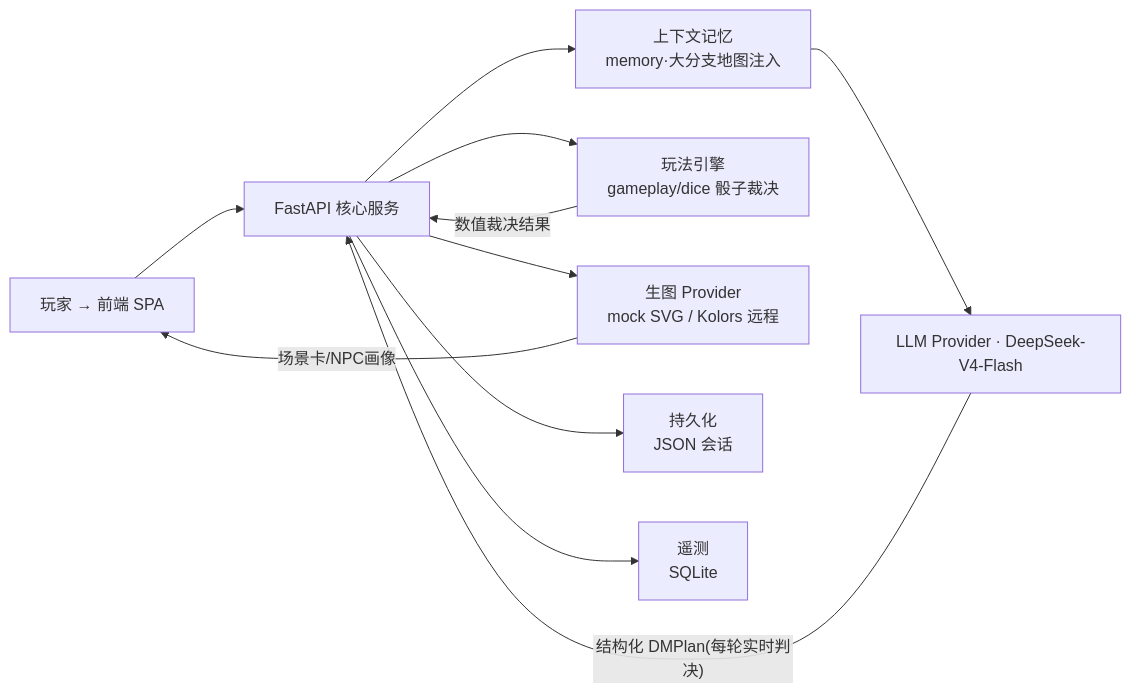
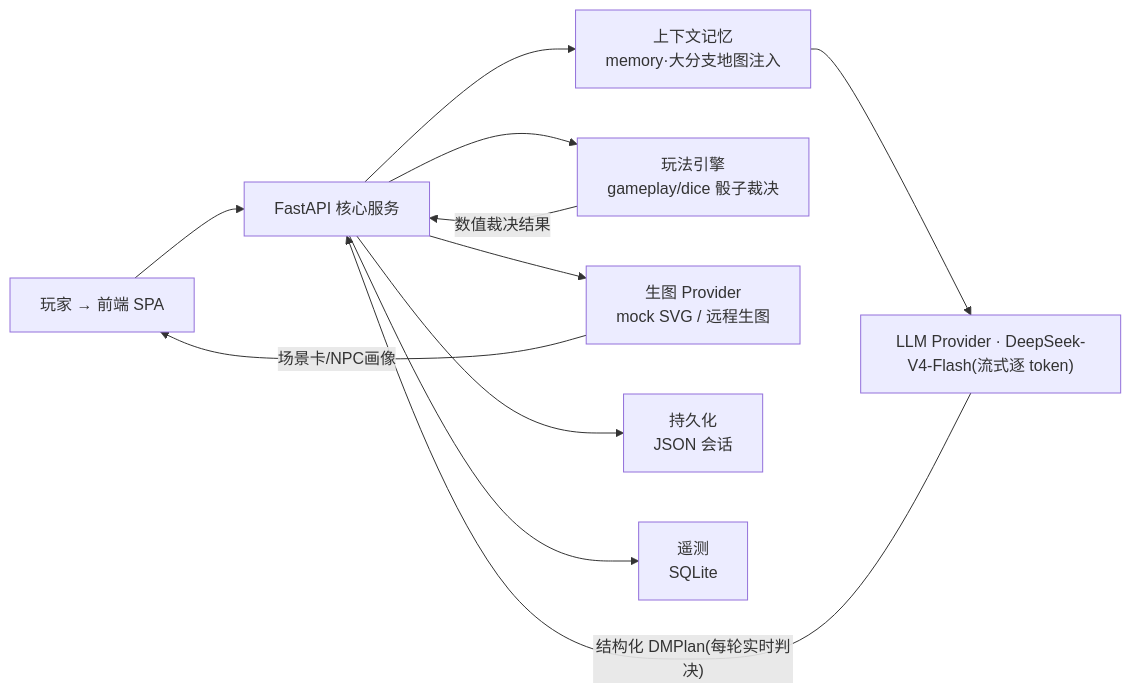
The first of 2 diagrams in README.md (2005hjz/ai-dm), drawn with Mermaid before and after one commit. The commit also changed other lines of this file and 19 other files, not shown here.

````diff
--- a/README.md
+++ b/README.md
@@ -20,13 +15,13 @@
 ```mermaid
 flowchart LR
     U[玩家 → 前端 SPA] --> R[FastAPI 核心服务]
     R --> M[上下文记忆<br>memory·大分支地图注入]
-    M --> L["LLM Provider · DeepSeek-V4-Flash"]
+    M --> L["LLM Provider · DeepSeek-V4-Flash(流式逐 token)"]
     L -->|"结构化 DMPlan(每轮实时判决)"| R
     R --> G[玩法引擎<br>gameplay/dice 骰子裁决]
     G -->|数值裁决结果| R
-    R --> I["生图 Provider<br>mock SVG / Kolors 远程"]
+    R --> I["生图 Provider<br>mock SVG / 远程生图"]
     I -->|场景卡/NPC画像| U
     R --> P[持久化<br>JSON 会话]
     R --> T[遥测<br>SQLite]
 ```
````
